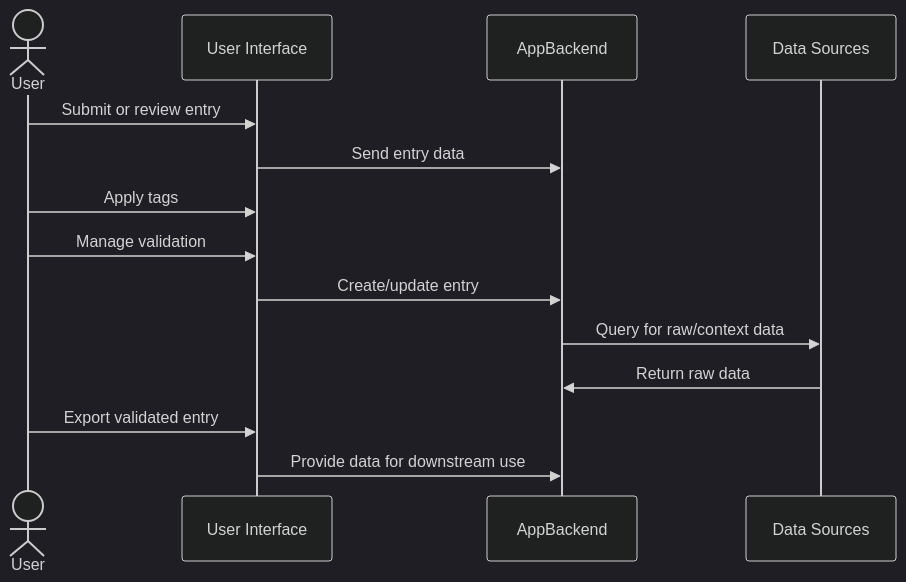
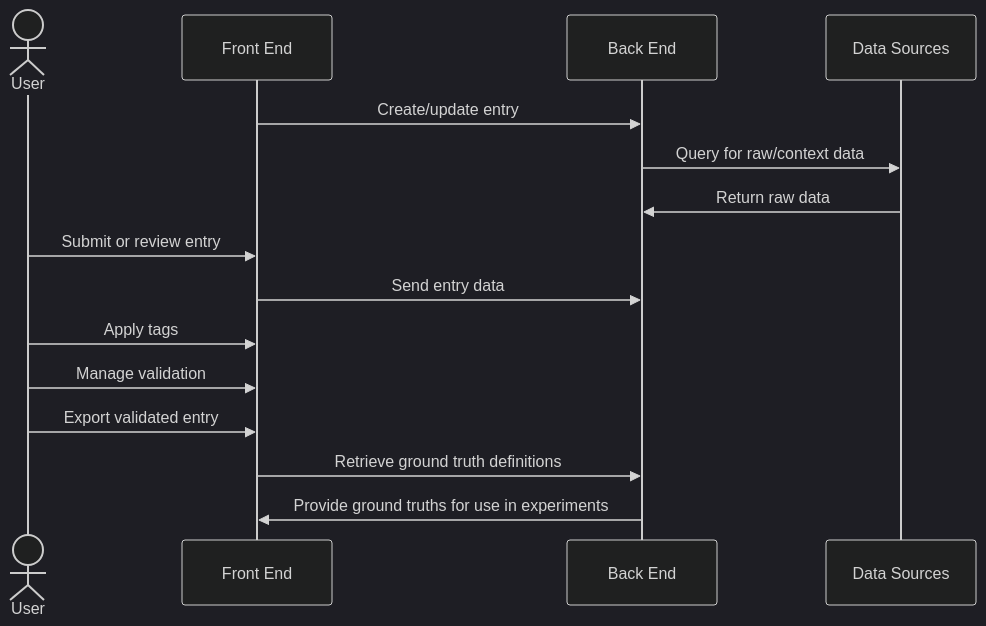
The second of 2 diagrams in docs/Architecture.md (veritaserum27/Ground-Truth-Curation-App), drawn with Mermaid (dark theme) before and after one commit. The commit also changed other lines of this file and 1 other file, not shown here.

Commit message:
Sequence diagrams

````diff
--- a/docs/Architecture.md
+++ b/docs/Architecture.md
@@ -90,17 +101,18 @@
 ```mermaid
 sequenceDiagram
     actor User
-    participant GTUI as User Interface
-    participant App as AppBackend
+    participant GTUI as Front End
+    participant App as Back End
     participant Data as Data Sources
 
+    GTUI->>App: Create/update entry
+    App->>Data: Query for raw/context data
+    Data->>App: Return raw data
     User->>GTUI: Submit or review entry
     GTUI->>App: Send entry data
     User->>GTUI: Apply tags
     User->>GTUI: Manage validation
-    GTUI->>App: Create/update entry
-    App->>Data: Query for raw/context data
-    Data->>App: Return raw data
     User->>GTUI: Export validated entry
-    GTUI->>App: Provide data for downstream use
+    GTUI->>App: Retrieve ground truth definitions
+    App->>GTUI: Provide ground truths for use in experiments
 ```
````
